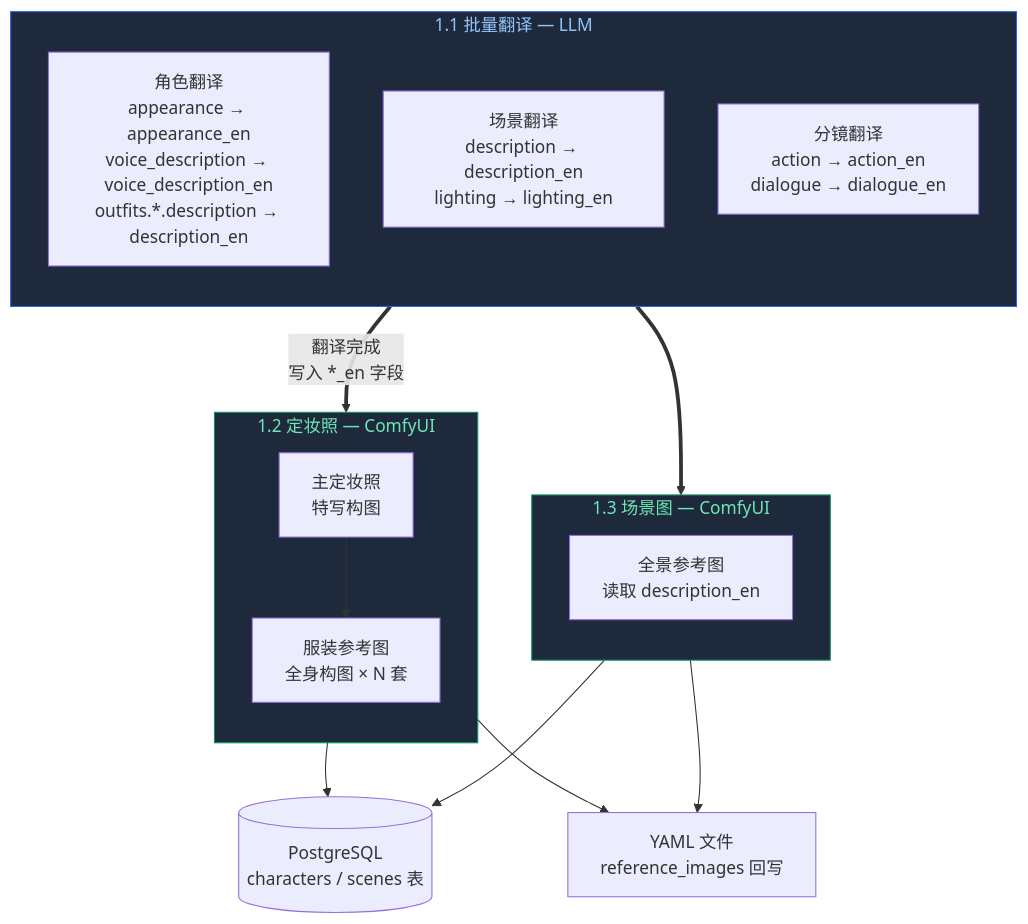
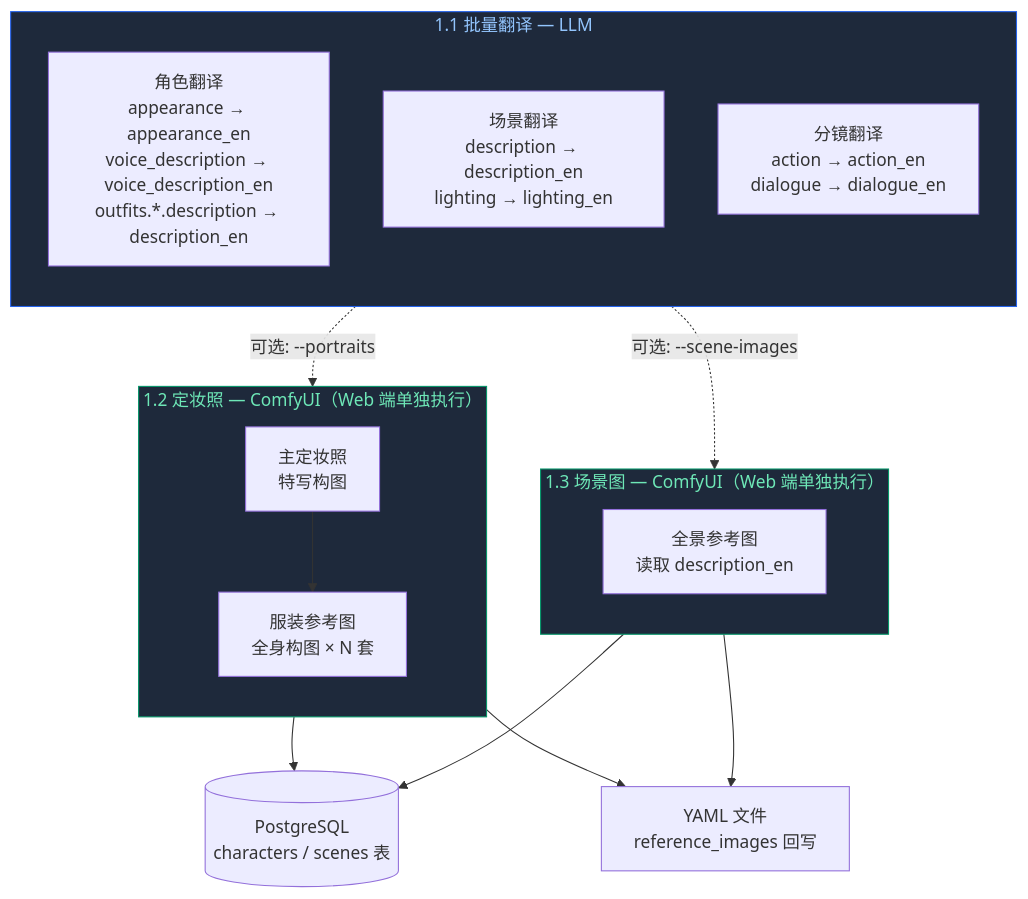
Before and after one commit to brother2050/ai-drama-pipeline-v2: the third of 10 diagrams in docs/pipeline.md, drawn with Mermaid. The commit also changed other lines of this file and 3 other files, not shown here.

First line of the commit message:
refactor: prepare 阶段默认仅翻译，定妆照/场景图改为 Web 端按需执行

````diff
--- a/docs/pipeline.md
+++ b/docs/pipeline.md
@@ -81,35 +82,35 @@
 ```mermaid
 flowchart TB
     subgraph translate["1.1 批量翻译 — LLM"]
         direction TB
         tc["角色翻译<br/>appearance → appearance_en<br/>voice_description → voice_description_en<br/>outfits.*.description → description_en"]
         ts["场景翻译<br/>description → description_en<br/>lighting → lighting_en"]
         tb["分镜翻译<br/>action → action_en<br/>dialogue → dialogue_en"]
     end
 
-    subgraph portraits["1.2 定妆照 — ComfyUI"]
+    subgraph portraits["1.2 定妆照 — ComfyUI（Web 端单独执行）"]
         direction TB
         pm["主定妆照<br/>特写构图"]
         po["服装参考图<br/>全身构图 × N 套"]
         pm --> po
     end
 
-    subgraph scenes_gen["1.3 场景图 — ComfyUI"]
+    subgraph scenes_gen["1.3 场景图 — ComfyUI（Web 端单独执行）"]
         direction TB
         sg["全景参考图<br/>读取 description_en"]
     end
 
-    translate ==>|"翻译完成<br/>写入 *_en 字段"| portraits
-    translate ==> scenes_gen
+    translate -.->|"可选: --portraits"| portraits
+    translate -.->|"可选: --scene-images"| scenes_gen
 
     db1[("PostgreSQL<br/>characters / scenes 表")]
     yaml1["YAML 文件<br/>reference_images 回写"]
     portraits --> db1
     portraits --> yaml1
     scenes_gen --> db1
     scenes_gen --> yaml1
 
     style translate fill:#1e293b,stroke:#2563eb,color:#93c5fd
     style portraits fill:#1e293b,stroke:#059669,color:#6ee7b7
     style scenes_gen fill:#1e293b,stroke:#059669,color:#6ee7b7
 ```
````
